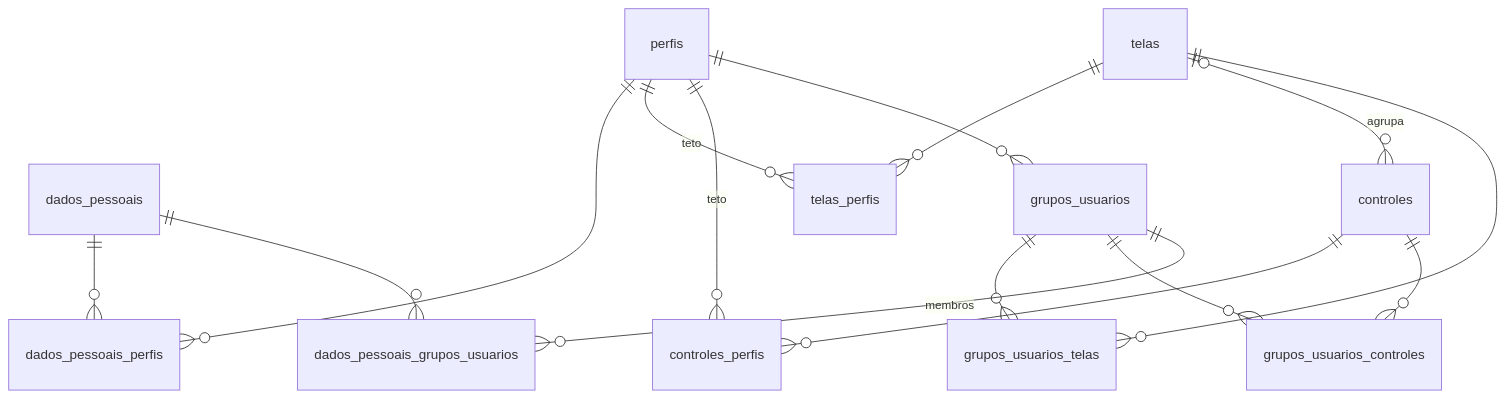
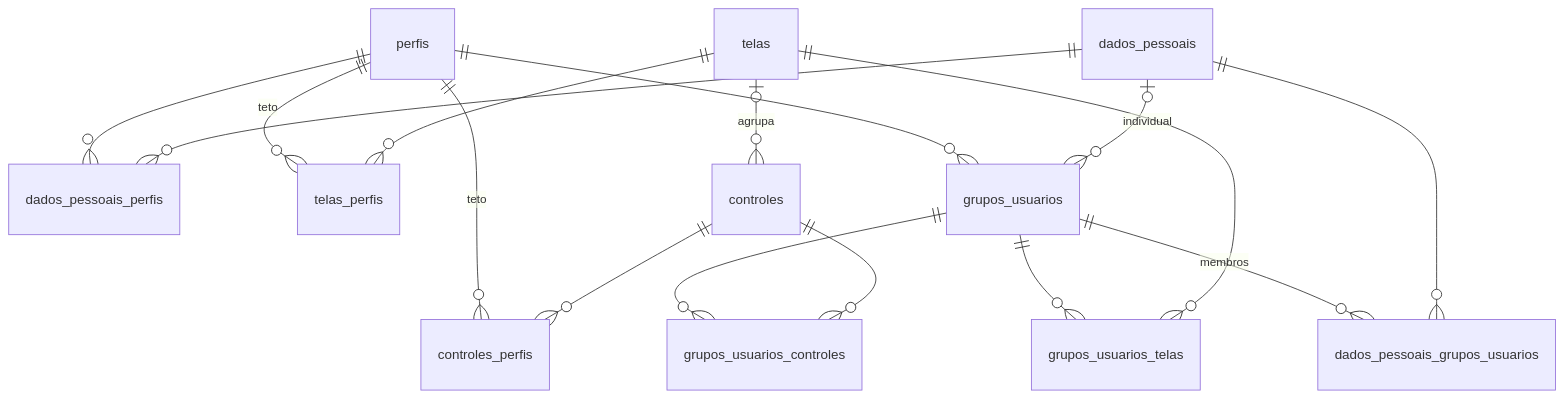
The diagram in docs/permissoes.md (Brain-Escolar/brain-project), drawn with Mermaid before and after one commit. The commit also changed other lines of this file and 36 other files, not shown here.

````diff
--- a/docs/permissoes.md
+++ b/docs/permissoes.md
@@ -90,17 +99,18 @@
 ```mermaid
 erDiagram
     perfis ||--o{ dados_pessoais_perfis : ""
     dados_pessoais ||--o{ dados_pessoais_perfis : ""
     perfis ||--o{ telas_perfis : "teto"
     telas ||--o{ telas_perfis : ""
     perfis ||--o{ controles_perfis : "teto"
     controles ||--o{ controles_perfis : ""
     telas |o--o{ controles : "agrupa"
     perfis ||--o{ grupos_usuarios : ""
     grupos_usuarios ||--o{ grupos_usuarios_telas : ""
     telas ||--o{ grupos_usuarios_telas : ""
     grupos_usuarios ||--o{ grupos_usuarios_controles : ""
     controles ||--o{ grupos_usuarios_controles : ""
     grupos_usuarios ||--o{ dados_pessoais_grupos_usuarios : "membros"
     dados_pessoais ||--o{ dados_pessoais_grupos_usuarios : ""
+    dados_pessoais |o--o{ grupos_usuarios : "individual"
 ```
````
